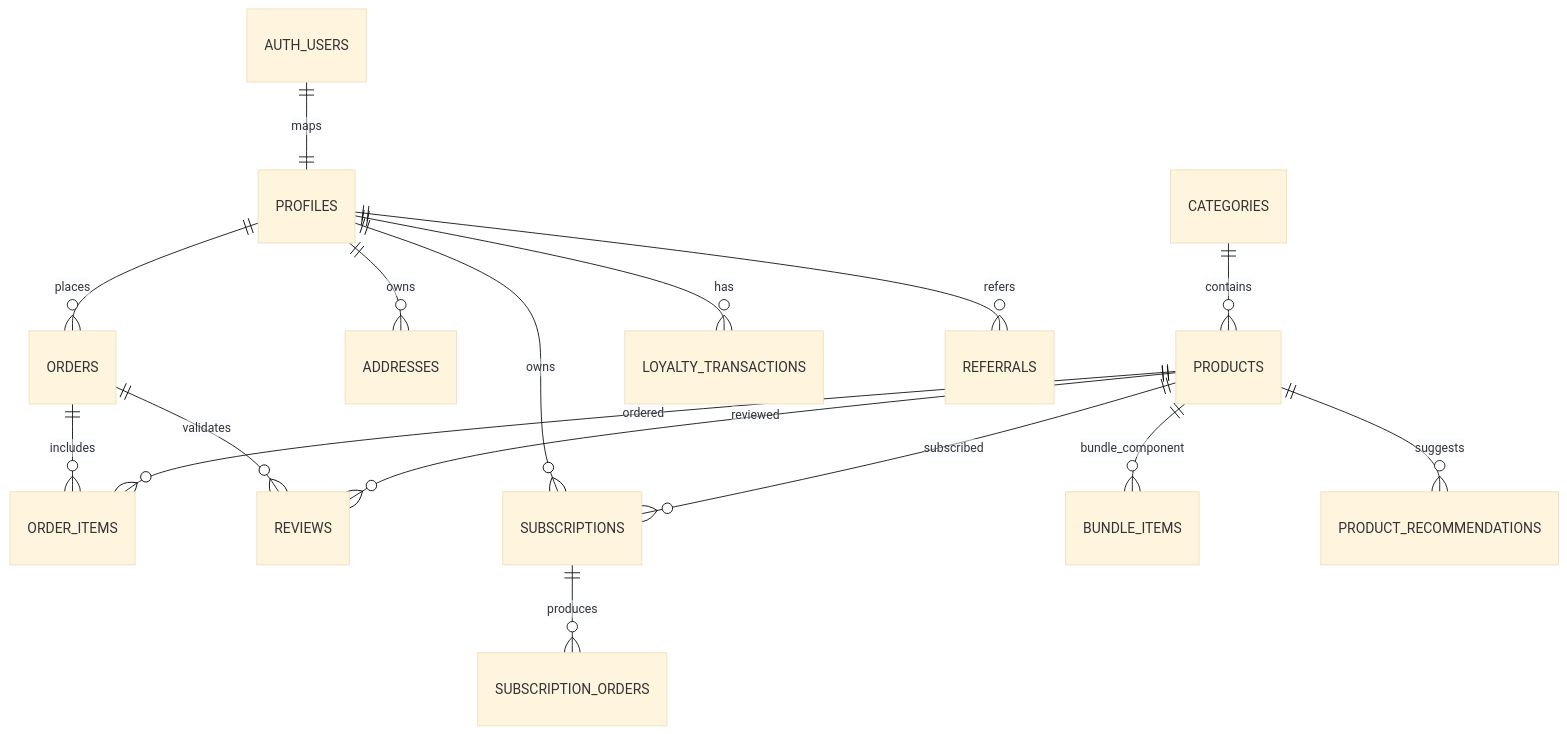
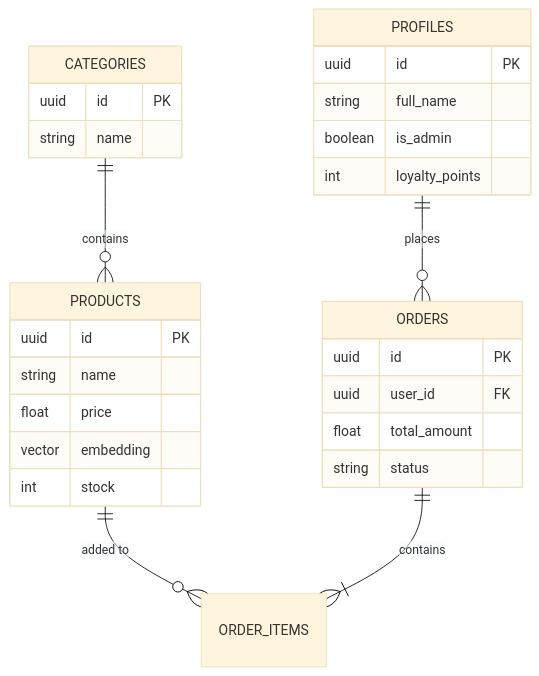
The diagram in DB_SCHEMA.md (moonback/Shop-ia), drawn with Mermaid (base theme) before and after one commit. The commit also changed other lines of this file and 6 other files, not shown here.

````diff
--- a/DB_SCHEMA.md
+++ b/DB_SCHEMA.md
@@ -152,18 +58,30 @@
 ```mermaid
 erDiagram
-  CATEGORIES ||--o{ PRODUCTS : contains
-  PRODUCTS ||--o{ ORDER_ITEMS : ordered
-  PRODUCTS ||--o{ REVIEWS : reviewed
-  PRODUCTS ||--o{ SUBSCRIPTIONS : subscribed
-  PRODUCTS ||--o{ BUNDLE_ITEMS : bundle_component
-  PRODUCTS ||--o{ PRODUCT_RECOMMENDATIONS : suggests
-  PROFILES ||--o{ ADDRESSES : owns
-  PROFILES ||--o{ ORDERS : places
-  PROFILES ||--o{ LOYALTY_TRANSACTIONS : has
-  PROFILES ||--o{ SUBSCRIPTIONS : owns
-  PROFILES ||--o{ REFERRALS : refers
-  ORDERS ||--o{ ORDER_ITEMS : includes
-  ORDERS ||--o{ REVIEWS : validates
-  SUBSCRIPTIONS ||--o{ SUBSCRIPTION_ORDERS : produces
-  AUTH_USERS ||--|| PROFILES : maps
+    PROFILES ||--o{ ORDERS : places
+    PROFILES {
+        uuid id PK
+        string full_name
+        boolean is_admin
+        int loyalty_points
+    }
+    CATEGORIES ||--o{ PRODUCTS : contains
+    CATEGORIES {
+        uuid id PK
+        string name
+    }
+    PRODUCTS ||--o{ ORDER_ITEMS : "added to"
+    PRODUCTS {
+        uuid id PK
+        string name
+        float price
+        vector embedding
+        int stock
+    }
+    ORDERS ||--|{ ORDER_ITEMS : contains
+    ORDERS {
+        uuid id PK
+        uuid user_id FK
+        float total_amount
+        string status
+    }
 ```
````
